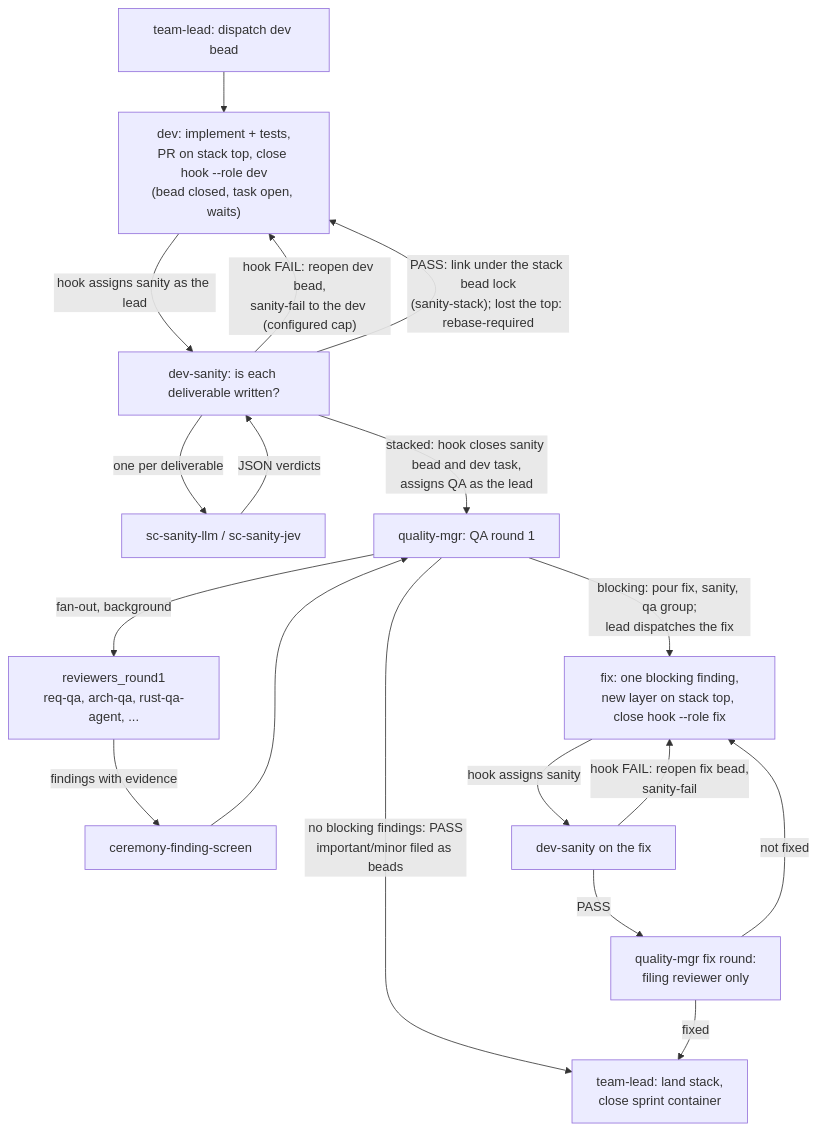
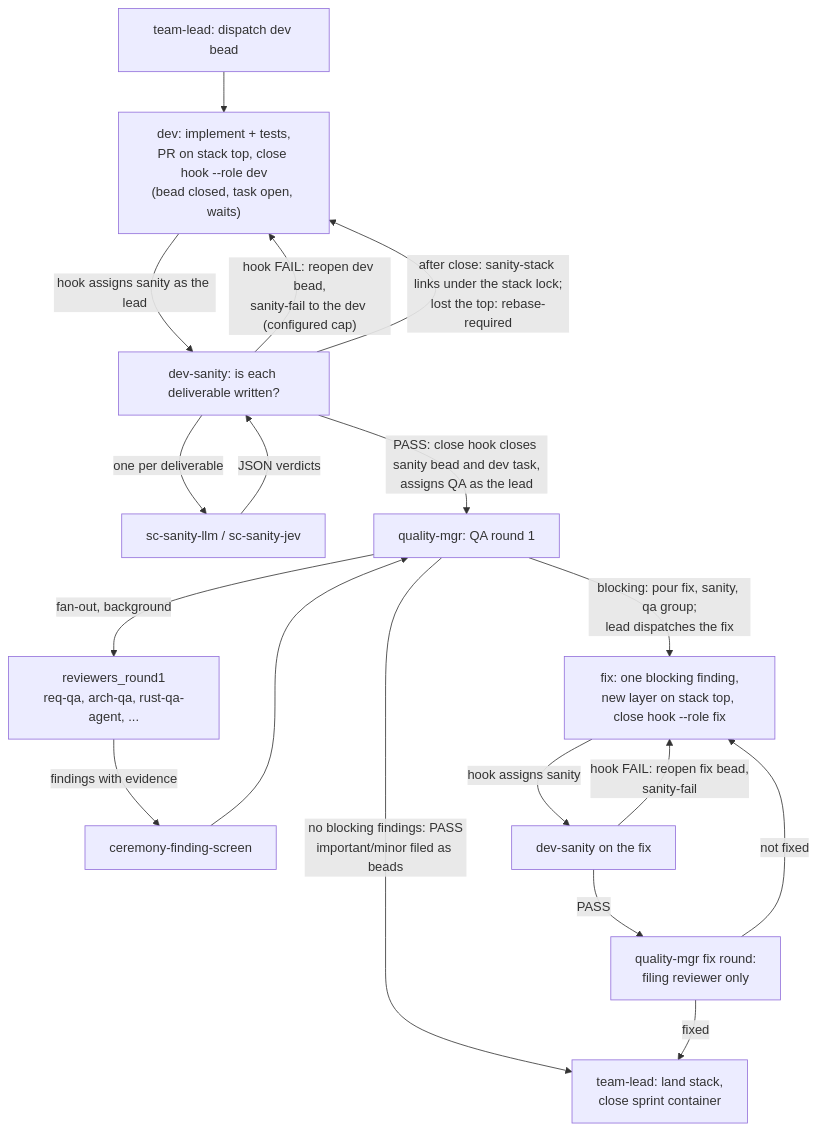
One commit to rahul05ranjan/atm-bd-orchestration changed the first of 2 diagrams in docs/requirements/README.md. Above: the diagram before and after it, drawn with Mermaid. The commit also changed other lines of this file and 37 other files, not shown here.

Commit message:
Fix sanity close and stack handoff flow

````diff
--- a/docs/requirements/README.md
+++ b/docs/requirements/README.md
@@ -35,20 +35,20 @@
 ```mermaid
 flowchart TD
     L["team-lead: dispatch dev bead"] --> D["dev: implement + tests,<br/>PR on stack top, close hook --role dev<br/>(bead closed, task open, waits)"]
     D -->|"hook assigns sanity as the lead"| S["dev-sanity: is each deliverable written?"]
     S -->|"one per deliverable"| SC["sc-sanity-llm / sc-sanity-jev"]
     SC -->|"JSON verdicts"| S
     S -->|"hook FAIL: reopen dev bead,<br/>sanity-fail to the dev (configured cap)"| D
-    S -->|"PASS: link under the stack bead lock<br/>(sanity-stack); lost the top: rebase-required"| D
-    S -->|"stacked: hook closes sanity bead and dev task,<br/>assigns QA as the lead"| Q["quality-mgr: QA round 1"]
+    S -->|"PASS: close hook closes sanity bead and dev task,<br/>assigns QA as the lead"| Q["quality-mgr: QA round 1"]
+    S -->|"after close: sanity-stack links under the stack lock;<br/>lost the top: rebase-required"| D
     Q -->|"fan-out, background"| R["reviewers_round1<br/>req-qa, arch-qa, rust-qa-agent, ..."]
     R -->|"findings with evidence"| CS["ceremony-finding-screen"]
     CS --> Q
     Q -->|"no blocking findings: PASS<br/>important/minor filed as beads"| Done["team-lead: land stack,<br/>close sprint container"]
     Q -->|"blocking: pour fix, sanity, qa group;<br/>lead dispatches the fix"| F["fix: one blocking finding,<br/>new layer on stack top, close hook --role fix"]
     F -->|"hook assigns sanity"| S2["dev-sanity on the fix"]
     S2 -->|"hook FAIL: reopen fix bead,<br/>sanity-fail"| F
     S2 -->|"PASS"| Q2["quality-mgr fix round:<br/>filing reviewer only"]
     Q2 -->|"not fixed"| F
     Q2 -->|"fixed"| Done
 ```
````
